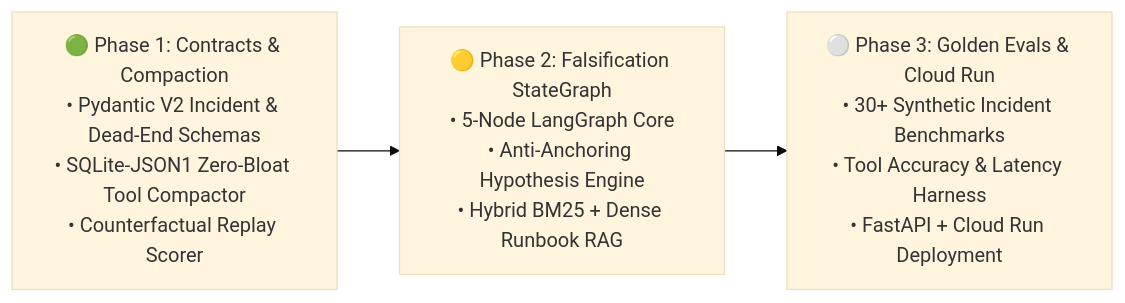
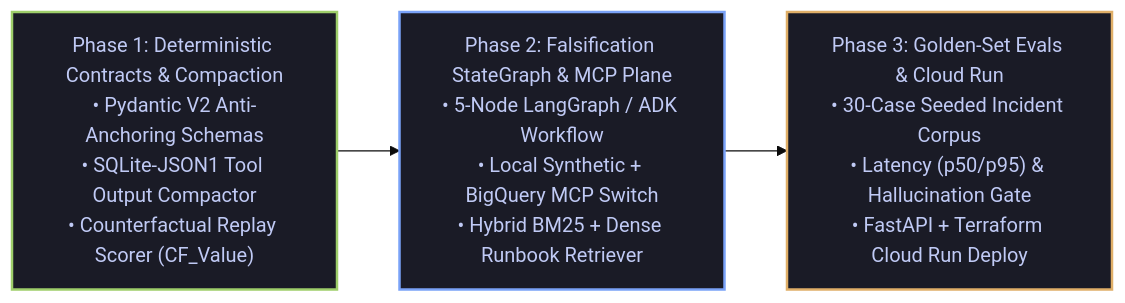
Before and after one commit to mariohu-fde/mariohu-fde: the diagram in README.md, drawn with Mermaid (base theme). The commit also changed other lines of this file, not shown here.

````diff
--- a/README.md
+++ b/README.md
@@ -32,8 +58,12 @@
 ```mermaid
 flowchart LR
-    P1["🟢 Phase 1: Contracts & Compaction<br>• Pydantic V2 Incident & Dead-End Schemas<br>• SQLite-JSON1 Zero-Bloat Tool Compactor<br>• Counterfactual Replay Scorer"]
-    P2["🟡 Phase 2: Falsification StateGraph<br>• 5-Node LangGraph Core<br>• Anti-Anchoring Hypothesis Engine<br>• Hybrid BM25 + Dense Runbook RAG"]
-    P3["⚪ Phase 3: Golden Evals & Cloud Run<br>• 30+ Synthetic Incident Benchmarks<br>• Tool Accuracy & Latency Harness<br>• FastAPI + Cloud Run Deployment"]
+    classDef done fill:#1a1b26,stroke:#9ece6a,stroke-width:2px,color:#c0caf5;
+    classDef active fill:#1a1b26,stroke:#7aa2f7,stroke-width:2px,color:#c0caf5;
+    classDef next fill:#1a1b26,stroke:#e0af68,stroke-width:2px,color:#c0caf5;
+
+    P1["Phase 1: Deterministic Contracts & Compaction<br/>• Pydantic V2 Anti-Anchoring Schemas<br/>• SQLite-JSON1 Tool Output Compactor<br/>• Counterfactual Replay Scorer (CF_Value)"]:::done
+    P2["Phase 2: Falsification StateGraph & MCP Plane<br/>• 5-Node LangGraph / ADK Workflow<br/>• Local Synthetic + BigQuery MCP Switch<br/>• Hybrid BM25 + Dense Runbook Retriever"]:::active
+    P3["Phase 3: Golden-Set Evals & Cloud Run<br/>• 30-Case Seeded Incident Corpus<br/>• Latency (p50/p95) & Hallucination Gate<br/>• FastAPI + Terraform Cloud Run Deploy"]:::next
 
     P1 --> P2 --> P3
 ```
````
